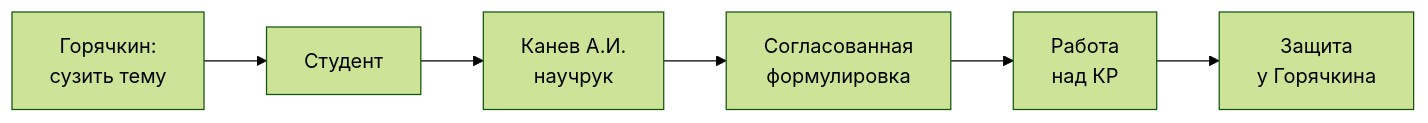
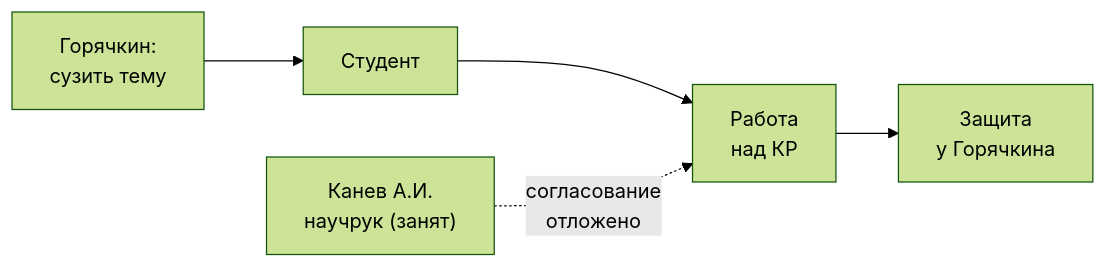
Diagram 16 of 19 in docs/ergonomics-methodology/kr-topic-consultation-report.md (RedAlexDad/WalkingRobotSim), drawn with Mermaid (forest theme) before and after one commit. The commit also changed other lines of this file and 1 other file, not shown here.

````diff
--- a/docs/ergonomics-methodology/kr-topic-consultation-report.md
+++ b/docs/ergonomics-methodology/kr-topic-consultation-report.md
@@ -820,8 +936,7 @@
 ```mermaid
 graph LR
     G["Горячкин:<br/>сузить тему"] --> S["Студент"]
-    S --> K["Канев А.И.<br/>научрук"]
-    K --> T["Согласованная<br/>формулировка"]
-    T --> W["Работа<br/>над КР"]
+    S --> W["Работа<br/>над КР"]
     W --> G2["Защита<br/>у Горячкина"]
+    K["Канев А.И.<br/>научрук (занят)"] -.->|"согласование<br/>отложено"| W
 ```
````
